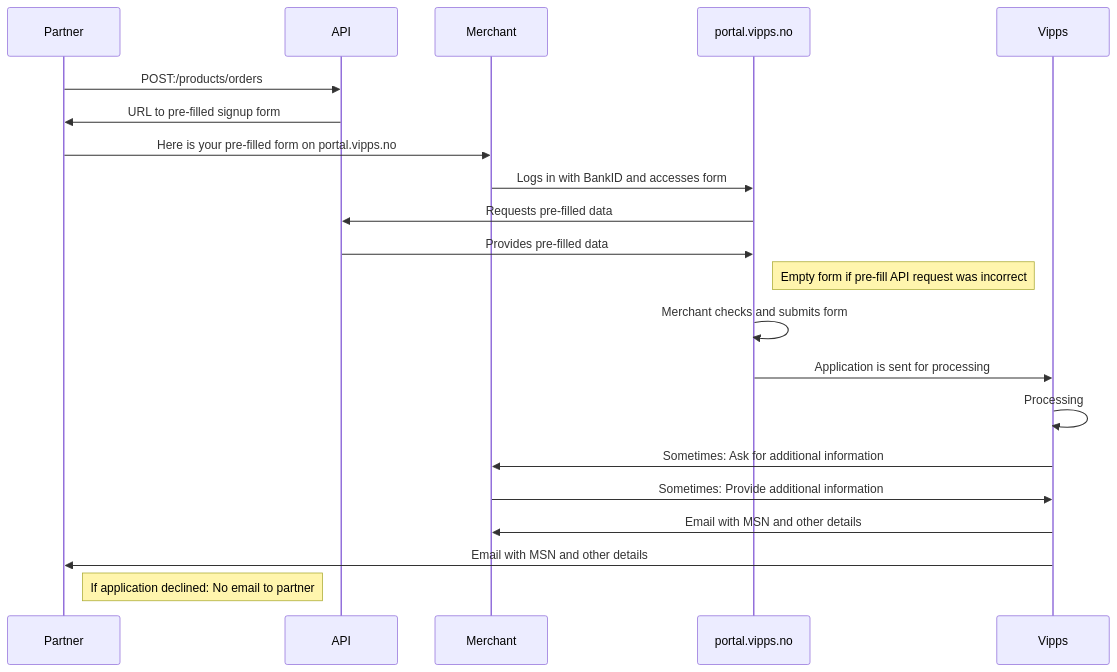
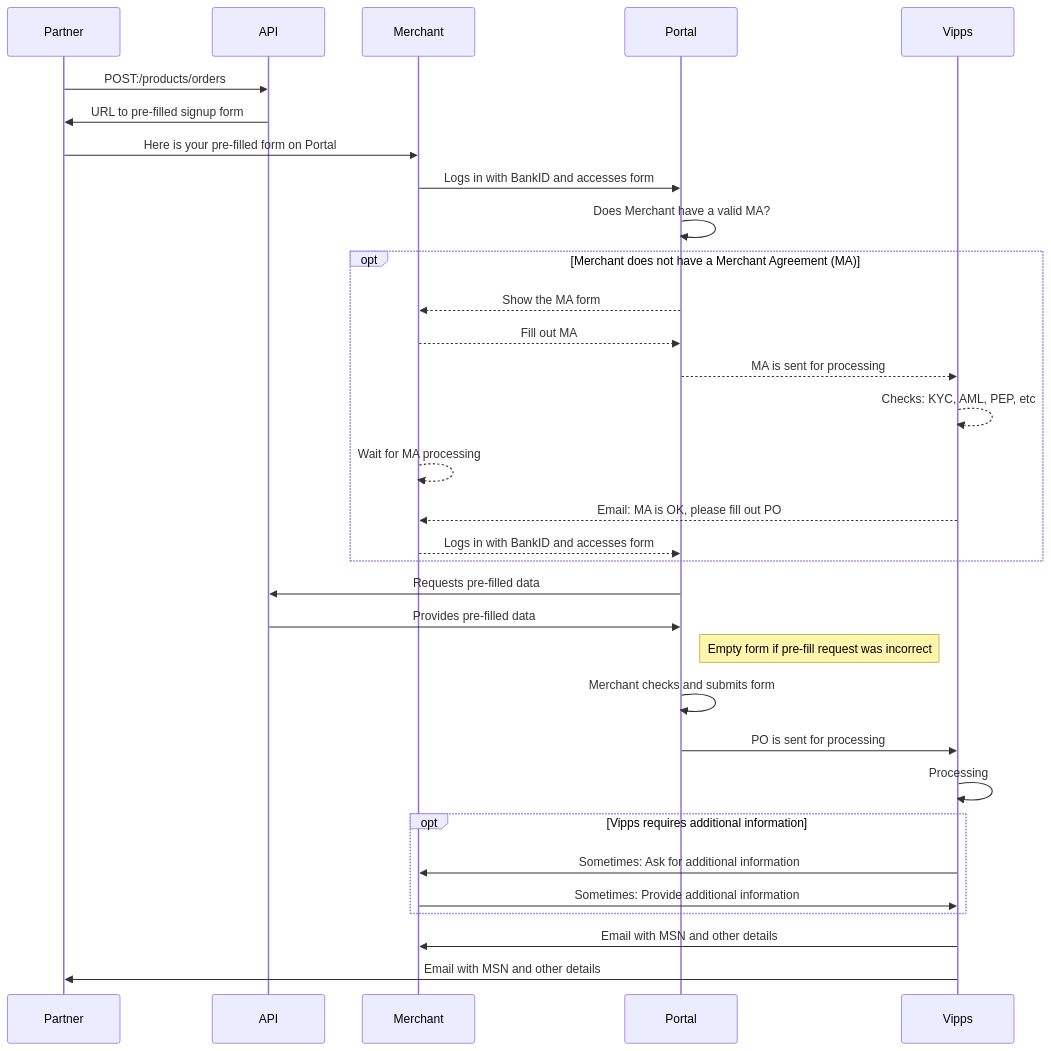
Before and after one commit to vippsas/vipps-partner-api: the third of 3 diagrams in vipps-partner-api.md, drawn with Mermaid. The commit also changed other lines of this file, not shown here.

Commit message:
Seq diagram update, no more flowchart

````diff
--- a/vipps-partner-api.md
+++ b/vipps-partner-api.md
@@ -213,23 +202,34 @@
 ```mermaid
 sequenceDiagram
     participant Partner
     participant API
     participant Merchant
-    participant portal.vipps.no
+    participant Portal
     participant Vipps
     Partner->>API: POST:/products/orders
     API->>Partner: URL to pre-filled signup form
-    Partner->>Merchant: Here is your pre-filled form on portal.vipps.no
-    Merchant->>portal.vipps.no: Logs in with BankID and accesses form
-    portal.vipps.no->>API: Requests pre-filled data
-    API->>portal.vipps.no: Provides pre-filled data
-    Note right of portal.vipps.no: Empty form if pre-fill API request was incorrect
-    portal.vipps.no->>portal.vipps.no: Merchant checks and submits form
-    portal.vipps.no->>Vipps: Application is sent for processing
+    Partner->>Merchant: Here is your pre-filled form on Portal
+    Merchant->>Portal: Logs in with BankID and accesses form
+    Portal->>Portal: Does Merchant have a valid MA?
+    opt Merchant does not have a Merchant Agreement (MA)
+        Portal-->>Merchant: Show the MA form
+        Merchant-->>Portal: Fill out MA
+        Portal-->>Vipps: MA is sent for processing
+        Vipps-->>Vipps: Checks: KYC, AML, PEP, etc
+        Merchant-->>Merchant: Wait for MA processing
+        Vipps-->>Merchant: Email: MA is OK, please fill out PO
+        Merchant-->>Portal: Logs in with BankID and accesses form
+    end
+    Portal->>API: Requests pre-filled data
+    API->>Portal: Provides pre-filled data
+    Note right of Portal: Empty form if pre-fill request was incorrect
+    Portal->>Portal: Merchant checks and submits form
+    Portal->>Vipps: PO is sent for processing
     Vipps->>Vipps: Processing
-    Vipps->>Merchant: Sometimes: Ask for additional information
-    Merchant->>Vipps: Sometimes: Provide additional information
+    opt Vipps requires additional information
+        Vipps->>Merchant: Sometimes: Ask for additional information
+        Merchant->>Vipps: Sometimes: Provide additional information
+    end
     Vipps->>Merchant: Email with MSN and other details
     Vipps->>Partner: Email with MSN and other details
-    Note right of Partner: If application declined: No email to partner
 ```
````
